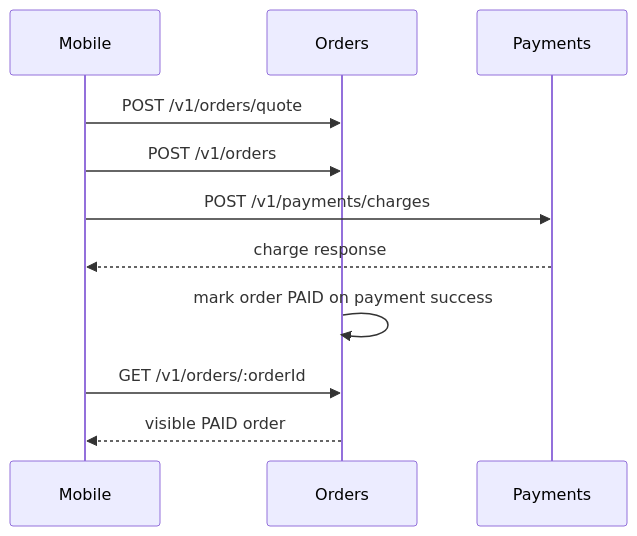
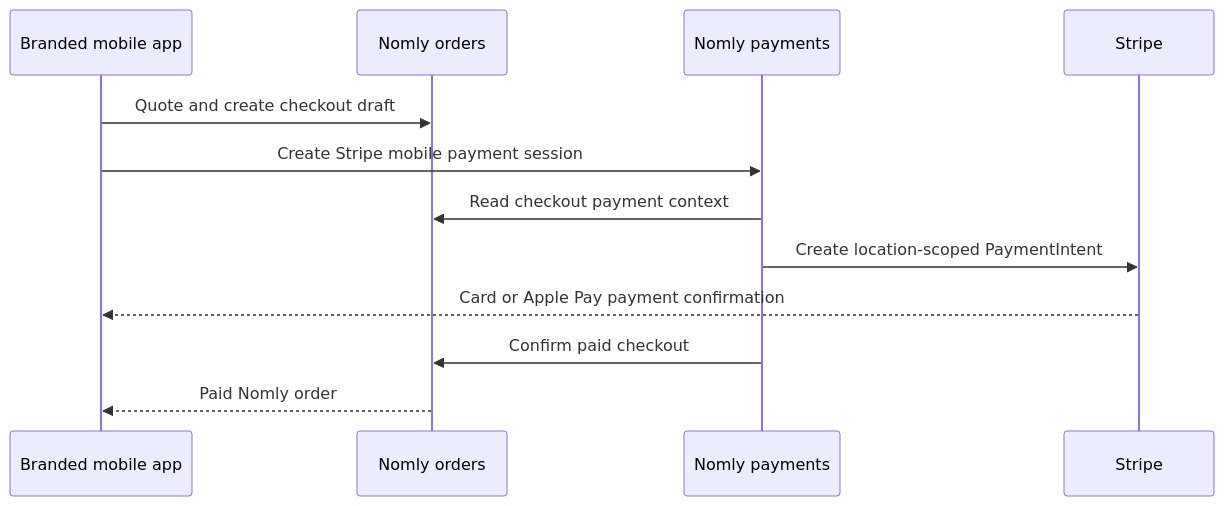
Before and after one commit to nomlyus/LatteLink-Platform: the diagram in docs/payment-order-flow.md, drawn with Mermaid. The commit also changed other lines of this file and 6 other files, not shown here.

Commit message:
fix(payments): document Stripe-only mobile checkout boundary

````diff
--- a/docs/payment-order-flow.md
+++ b/docs/payment-order-flow.md
@@ -20,14 +11,14 @@
 ```mermaid
 sequenceDiagram
-  participant Mobile
-  participant Orders
-  participant Payments
-
-  Mobile->>Orders: POST /v1/orders/quote
-  Mobile->>Orders: POST /v1/orders
-  Mobile->>Payments: POST /v1/payments/charges
-  Payments-->>Mobile: charge response
-  Orders->>Orders: mark order PAID on payment success
-  Mobile->>Orders: GET /v1/orders/:orderId
-  Orders-->>Mobile: visible PAID order
+  participant App as Branded mobile app
+  participant Orders as Nomly orders
+  participant Payments as Nomly payments
+  participant Stripe
+  App->>Orders: Quote and create checkout draft
+  App->>Payments: Create Stripe mobile payment session
+  Payments->>Orders: Read checkout payment context
+  Payments->>Stripe: Create location-scoped PaymentIntent
+  Stripe-->>App: Card or Apple Pay payment confirmation
+  Payments->>Orders: Confirm paid checkout
+  Orders-->>App: Paid Nomly order
 ```
````
